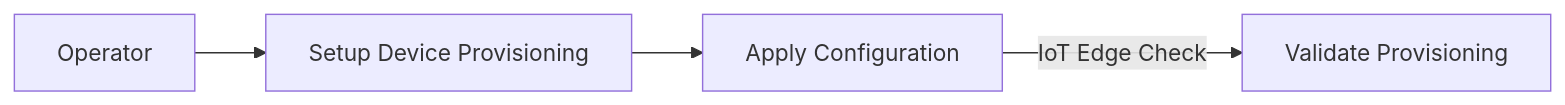
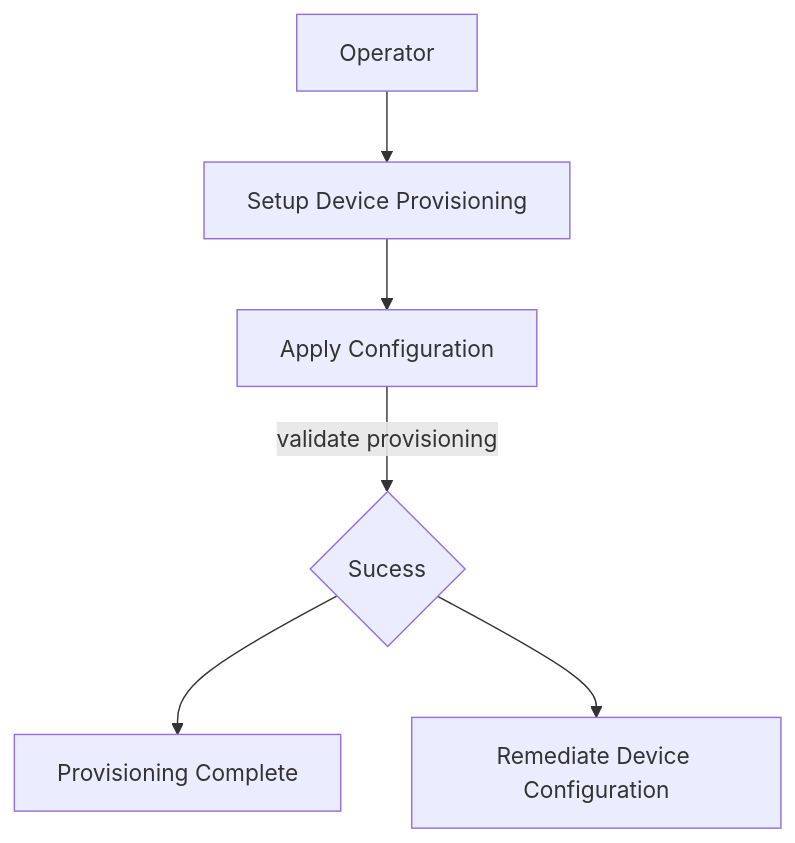
One commit to Azure/iotedge changed the third of 4 diagrams in platform-validation/doc/ValidationToolKit.md. Above: the diagram before and after it, drawn with Mermaid. The commit also changed other lines of this file and 5 other files, not shown here.

````diff
--- a/platform-validation/doc/ValidationToolKit.md
+++ b/platform-validation/doc/ValidationToolKit.md
@@ -69,6 +112,8 @@
 ```mermaid
-graph LR
+graph TD
     A[Operator] -->B[Setup Device Provisioning]
     B --> C[Apply Configuration]
-    C --> |IoT Edge Check|D[Validate Provisioning] 
+    C --> |validate provisioning|D{Sucess}
+    D --> E[Provisioning Complete]
+    D --> F[Remediate Device Configuration]
 ```   
````
